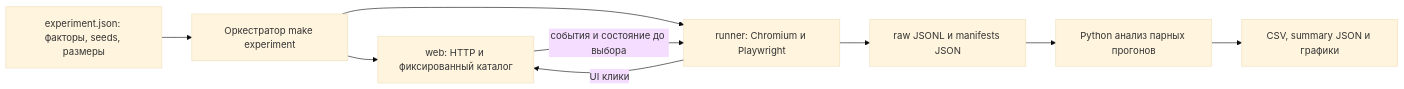
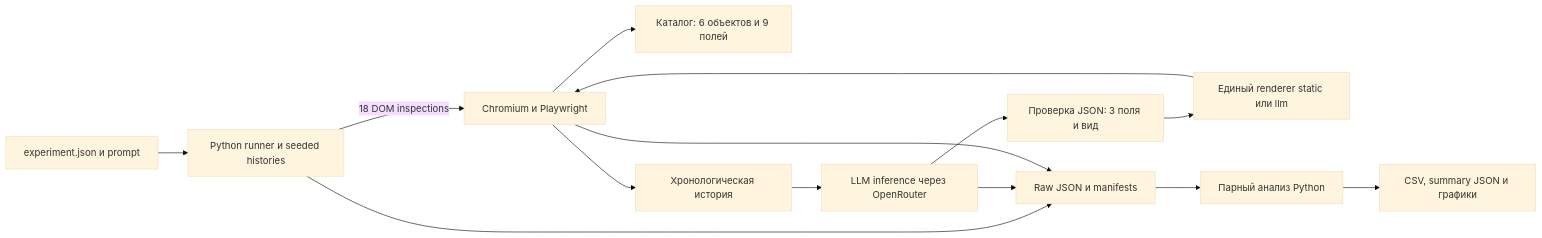
Before and after one commit to Gentofluck/adaptive-ui-design: the diagram in architecture.mmd, drawn with Mermaid (base theme). The commit also changed 4 other files, not shown here.

```diff
--- a/architecture.mmd
+++ b/architecture.mmd
@@ -1,9 +1,14 @@
 flowchart LR
-    C[experiment.json: факторы, seeds, размеры] --> O[Оркестратор make experiment]
-    O --> W[web: HTTP и фиксированный каталог]
-    O --> R[runner: Chromium и Playwright]
-    R -->|UI клики| W
-    W -->|события и состояние до выбора| R
-    R --> T[raw JSONL и manifests JSON]
-    T --> A[Python анализ парных прогонов]
-    A --> P[CSV, summary JSON и графики]
+    C[experiment.json и prompt] --> R[Python runner и seeded histories]
+    R -->|18 DOM inspections| B[Chromium и Playwright]
+    B --> W[Каталог: 6 объектов и 9 полей]
+    B --> H[Хронологическая история]
+    H --> L[LLM inference через OpenRouter]
+    L --> V[Проверка JSON: 3 поля и вид]
+    V --> S[Единый renderer static или llm]
+    S --> B
+    R --> D[Raw JSON и manifests]
+    L --> D
+    B --> D
+    D --> A[Парный анализ Python]
+    A --> O[CSV, summary JSON и графики]
```
